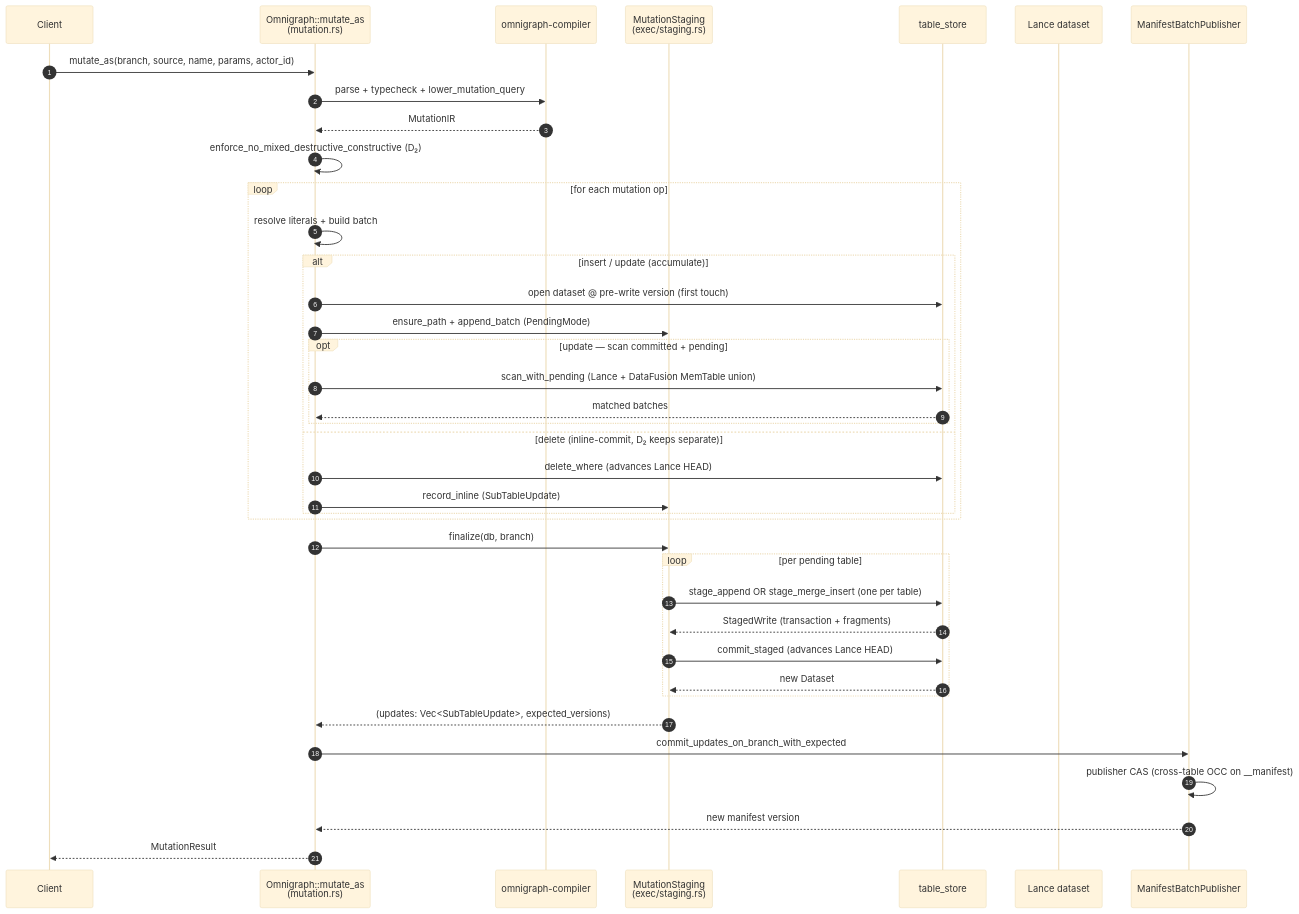
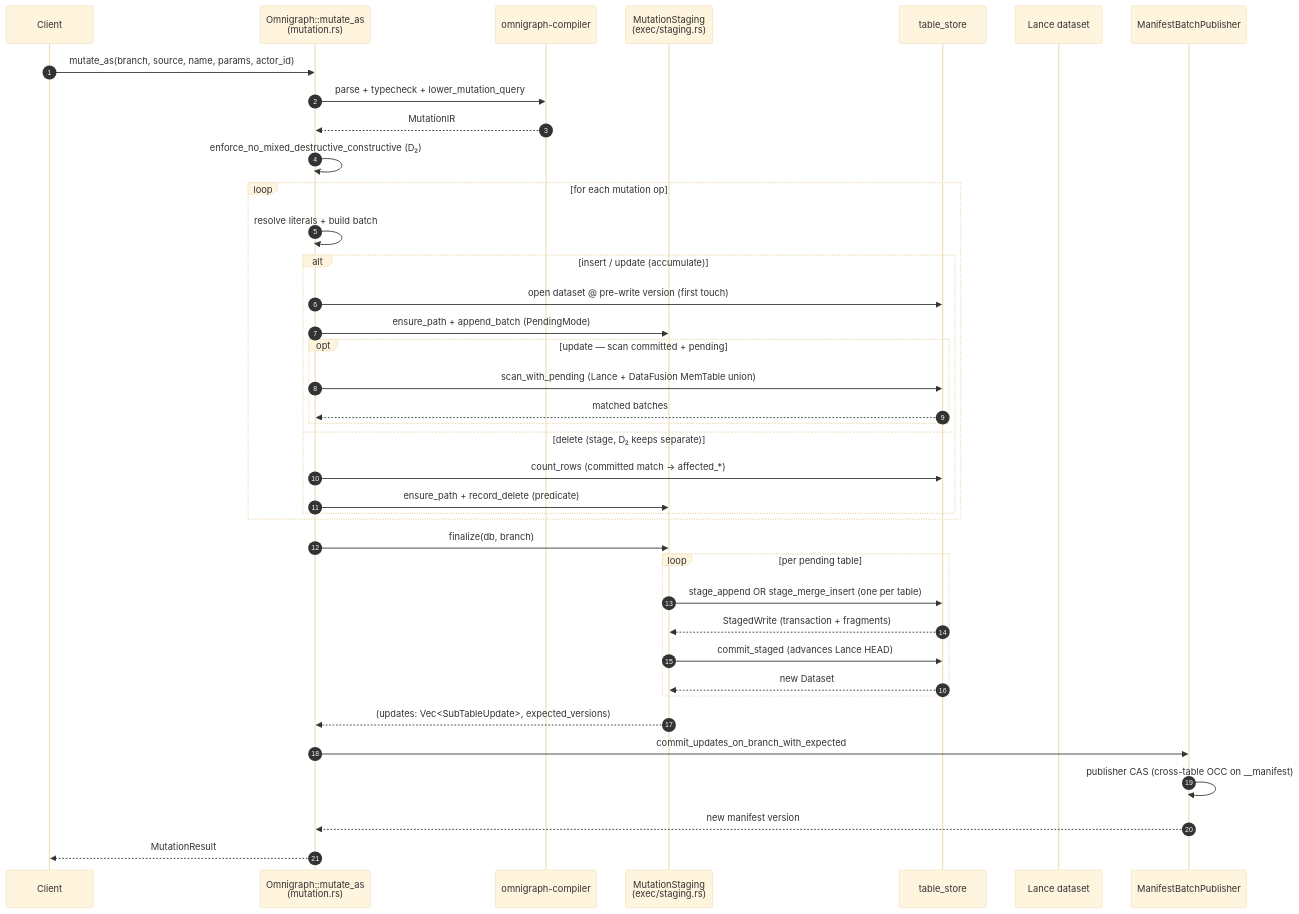
One commit to ModernRelay/omnigraph changed the second of 2 diagrams in docs/dev/execution.md. Above: the diagram before and after it, drawn with Mermaid (base theme). The commit also changed other lines of this file and 5 other files, not shown here.

First line of the commit message:
docs: delete is a staged write, not an inline-commit residual (MR-A step 1)

````diff
--- a/docs/dev/execution.md
+++ b/docs/dev/execution.md
@@ -95,42 +95,42 @@
 ```mermaid
 sequenceDiagram
     autonumber
     participant client as Client
     participant og as Omnigraph::mutate_as<br/>(mutation.rs)
     participant cmp as omnigraph-compiler
     participant stg as MutationStaging<br/>(exec/staging.rs)
     participant ts as table_store
     participant lance as Lance dataset
     participant pub as ManifestBatchPublisher
 
     client->>og: mutate_as(branch, source, name, params, actor_id)
     og->>cmp: parse + typecheck + lower_mutation_query
     cmp-->>og: MutationIR
     og->>og: enforce_no_mixed_destructive_constructive (D₂)
     loop for each mutation op
         og->>og: resolve literals + build batch
         alt insert / update (accumulate)
             og->>ts: open dataset @ pre-write version (first touch)
             og->>stg: ensure_path + append_batch (PendingMode)
             opt update — scan committed + pending
                 og->>ts: scan_with_pending (Lance + DataFusion MemTable union)
                 ts-->>og: matched batches
             end
-        else delete (inline-commit, D₂ keeps separate)
-            og->>ts: delete_where (advances Lance HEAD)
-            og->>stg: record_inline (SubTableUpdate)
+        else delete (stage, D₂ keeps separate)
+            og->>ts: count_rows (committed match → affected_*)
+            og->>stg: ensure_path + record_delete (predicate)
         end
     end
     og->>stg: finalize(db, branch)
     loop per pending table
         stg->>ts: stage_append OR stage_merge_insert (one per table)
         ts-->>stg: StagedWrite (transaction + fragments)
         stg->>ts: commit_staged (advances Lance HEAD)
         ts-->>stg: new Dataset
     end
     stg-->>og: (updates: Vec<SubTableUpdate>, expected_versions)
     og->>pub: commit_updates_on_branch_with_expected
     pub->>pub: publisher CAS (cross-table OCC on __manifest)
     pub-->>og: new manifest version
     og-->>client: MutationResult
 ```
````
